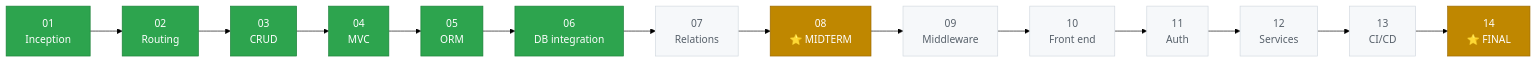
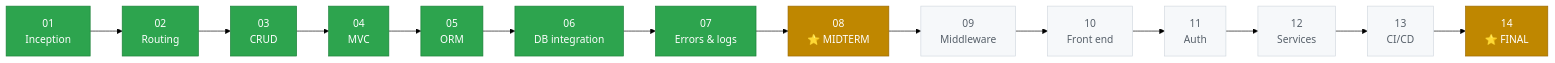
One commit to gulnihalarikaymak/alumni changed diagram 11 of 13 in README.md. Above: the diagram before and after it, drawn with Mermaid (forest theme). The commit also changed other lines of this file and 4 other files, not shown here.

First line of the commit message:
docs(readme): document week 7 (errors and logging) and mark the week done

````diff
--- a/README.md
+++ b/README.md
@@ -490,9 +513,9 @@
 ```mermaid
 flowchart LR
-    W1["01<br/>Inception"]:::done --> W2["02<br/>Routing"]:::done --> W3["03<br/>CRUD"]:::done --> W4["04<br/>MVC"]:::done --> W5["05<br/>ORM"]:::done --> W6["06<br/>DB integration"]:::done --> W7["07<br/>Relations"]:::todo
+    W1["01<br/>Inception"]:::done --> W2["02<br/>Routing"]:::done --> W3["03<br/>CRUD"]:::done --> W4["04<br/>MVC"]:::done --> W5["05<br/>ORM"]:::done --> W6["06<br/>DB integration"]:::done --> W7["07<br/>Errors & logs"]:::done
     W7 --> W8["08<br/>⭐ MIDTERM"]:::exam --> W9["09<br/>Middleware"]:::todo --> W10["10<br/>Front end"]:::todo --> W11["11<br/>Auth"]:::todo --> W12["12<br/>Services"]:::todo --> W13["13<br/>CI/CD"]:::todo --> W14["14<br/>⭐ FINAL"]:::exam
 
     classDef done fill:#2da44e,color:#fff,stroke:#1a7f37
     classDef todo fill:#f6f8fa,color:#57606a,stroke:#d0d7de
     classDef exam fill:#bf8700,color:#fff,stroke:#9a6700
 ```
````
